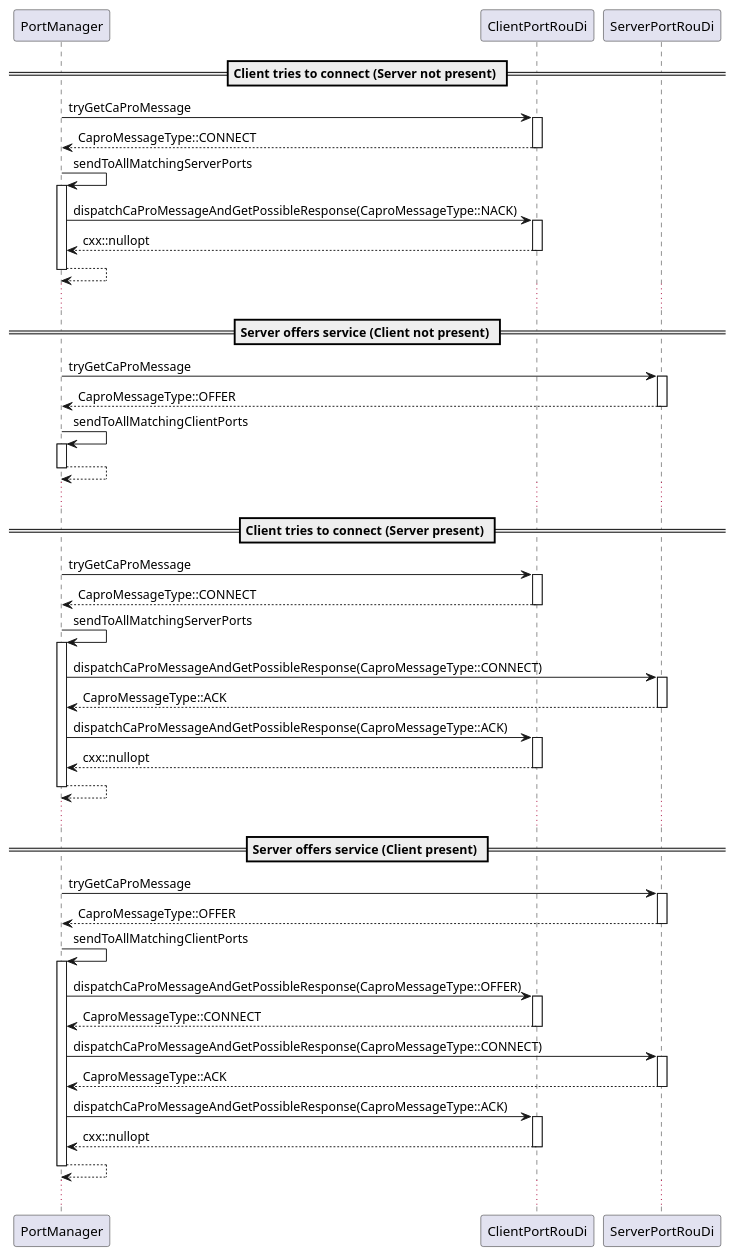
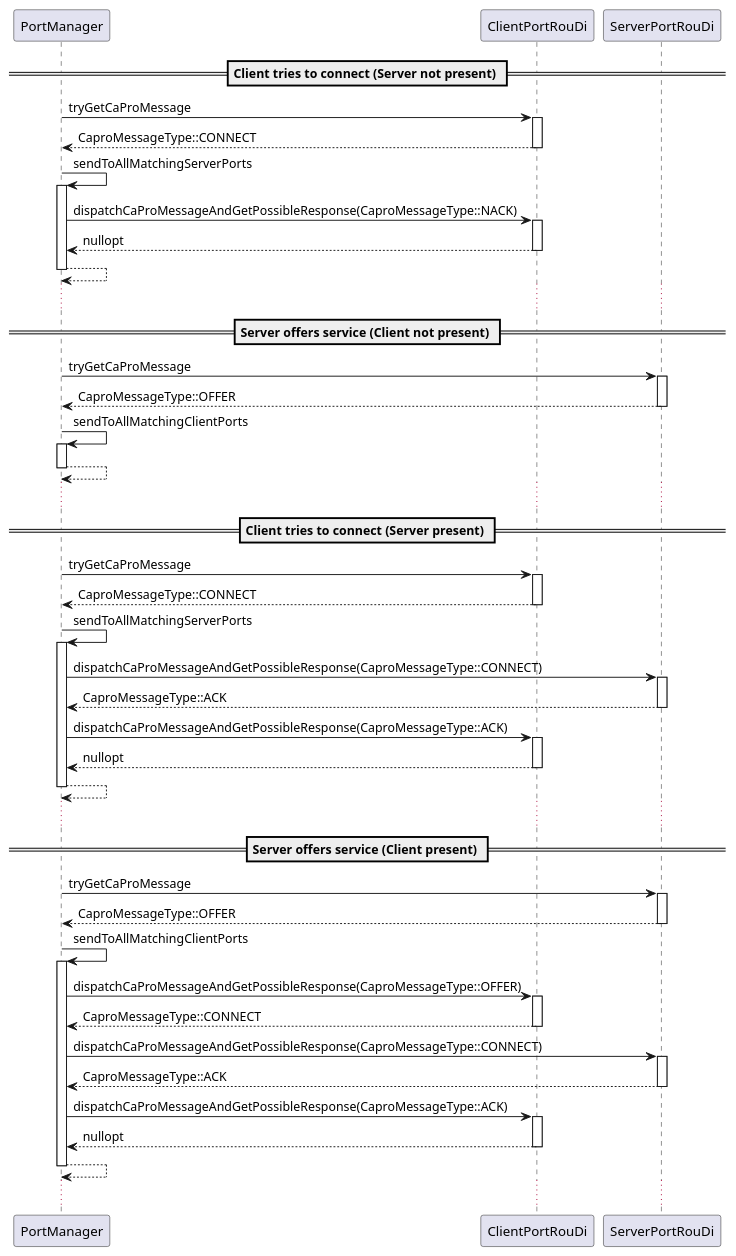
The diagram in doc/design/diagrams/request_response/client_and_server_service_discovery.puml (eclipse-iceoryx/iceoryx), drawn with PlantUML before and after one commit. The commit also changed 343 other files, not shown here.

```diff
--- a/doc/design/diagrams/request_response/client_and_server_service_discovery.puml
+++ b/doc/design/diagrams/request_response/client_and_server_service_discovery.puml
@@ -1,65 +1,65 @@
 @startuml
 
 == Client tries to connect (Server not present) ==
 
 PortManager -> ClientPortRouDi ++ : tryGetCaProMessage
 return CaproMessageType::CONNECT
 
 PortManager -> PortManager ++ : sendToAllMatchingServerPorts
 
 PortManager -> ClientPortRouDi ++ : dispatchCaProMessageAndGetPossibleResponse(CaproMessageType::NACK)
-return cxx::nullopt
+return nullopt
 
 return
 
 ...
 
 == Server offers service (Client not present) ==
 
 PortManager -> ServerPortRouDi ++ : tryGetCaProMessage
 return CaproMessageType::OFFER
 
 PortManager -> PortManager ++ : sendToAllMatchingClientPorts
 
 return
 
 ...
 
 == Client tries to connect (Server present) ==
 
 PortManager -> ClientPortRouDi ++ : tryGetCaProMessage
 return CaproMessageType::CONNECT
 
 PortManager -> PortManager ++ : sendToAllMatchingServerPorts
 
 PortManager -> ServerPortRouDi ++ : dispatchCaProMessageAndGetPossibleResponse(CaproMessageType::CONNECT)
 return CaproMessageType::ACK
 
 PortManager -> ClientPortRouDi ++ : dispatchCaProMessageAndGetPossibleResponse(CaproMessageType::ACK)
-return cxx::nullopt
+return nullopt
 
 return
 
 ...
 
 == Server offers service (Client present) ==
 
 PortManager -> ServerPortRouDi ++ : tryGetCaProMessage
 return CaproMessageType::OFFER
 
 PortManager -> PortManager ++ : sendToAllMatchingClientPorts
 
 PortManager -> ClientPortRouDi ++ : dispatchCaProMessageAndGetPossibleResponse(CaproMessageType::OFFER)
 return CaproMessageType::CONNECT
 
 PortManager -> ServerPortRouDi ++ : dispatchCaProMessageAndGetPossibleResponse(CaproMessageType::CONNECT)
 return CaproMessageType::ACK
 
 PortManager -> ClientPortRouDi ++ : dispatchCaProMessageAndGetPossibleResponse(CaproMessageType::ACK)
-return cxx::nullopt
+return nullopt
 
 return
 
 ...
 
 @enduml
```
